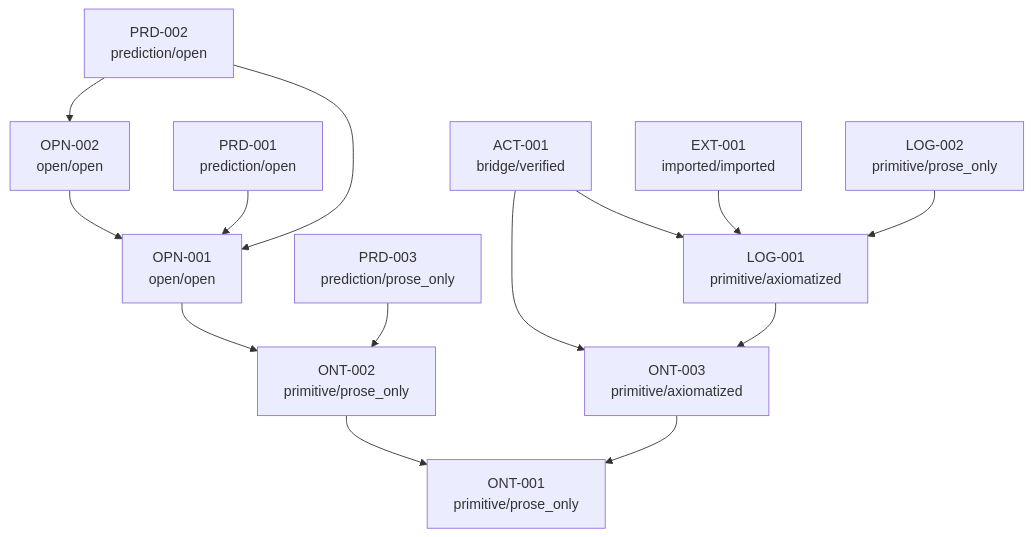
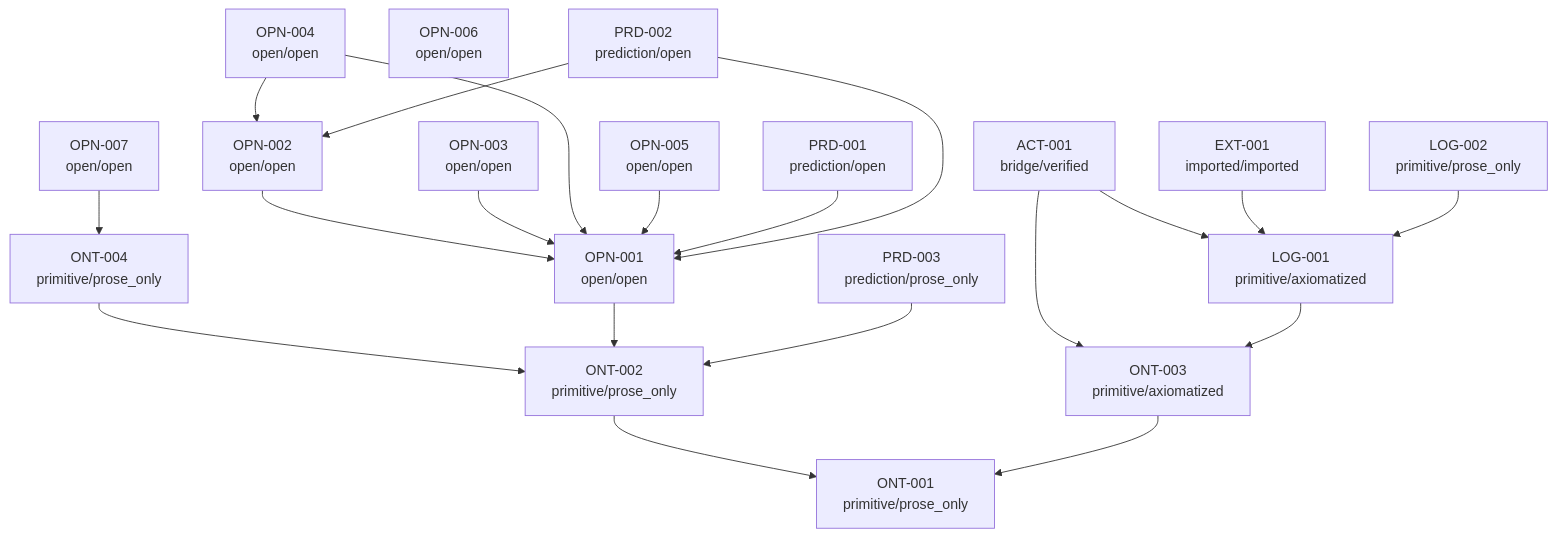
One commit to jdlongmire/triadic-reality-theory changed the diagram in traceability/generated/dependency-graph.mmd. Above: the diagram before and after it, drawn with Mermaid. The commit also changed 14 other files, not shown here.

```diff
--- a/traceability/generated/dependency-graph.mmd
+++ b/traceability/generated/dependency-graph.mmd
@@ -1,26 +1,38 @@
 graph TD
   ACT-001["ACT-001<br/>bridge/verified"]
   EXT-001["EXT-001<br/>imported/imported"]
   LOG-001["LOG-001<br/>primitive/axiomatized"]
   LOG-002["LOG-002<br/>primitive/prose_only"]
   ONT-001["ONT-001<br/>primitive/prose_only"]
   ONT-002["ONT-002<br/>primitive/prose_only"]
   ONT-003["ONT-003<br/>primitive/axiomatized"]
+  ONT-004["ONT-004<br/>primitive/prose_only"]
   OPN-001["OPN-001<br/>open/open"]
   OPN-002["OPN-002<br/>open/open"]
+  OPN-003["OPN-003<br/>open/open"]
+  OPN-004["OPN-004<br/>open/open"]
+  OPN-005["OPN-005<br/>open/open"]
+  OPN-006["OPN-006<br/>open/open"]
+  OPN-007["OPN-007<br/>open/open"]
   PRD-001["PRD-001<br/>prediction/open"]
   PRD-002["PRD-002<br/>prediction/open"]
   PRD-003["PRD-003<br/>prediction/prose_only"]
   ACT-001 --> ONT-003
   ACT-001 --> LOG-001
   EXT-001 --> LOG-001
   LOG-001 --> ONT-003
   LOG-002 --> LOG-001
   ONT-002 --> ONT-001
   ONT-003 --> ONT-001
+  ONT-004 --> ONT-002
   OPN-001 --> ONT-002
   OPN-002 --> OPN-001
+  OPN-003 --> OPN-001
+  OPN-004 --> OPN-002
+  OPN-004 --> OPN-001
+  OPN-005 --> OPN-001
+  OPN-007 --> ONT-004
   PRD-001 --> OPN-001
   PRD-002 --> OPN-001
   PRD-002 --> OPN-002
   PRD-003 --> ONT-002
```
